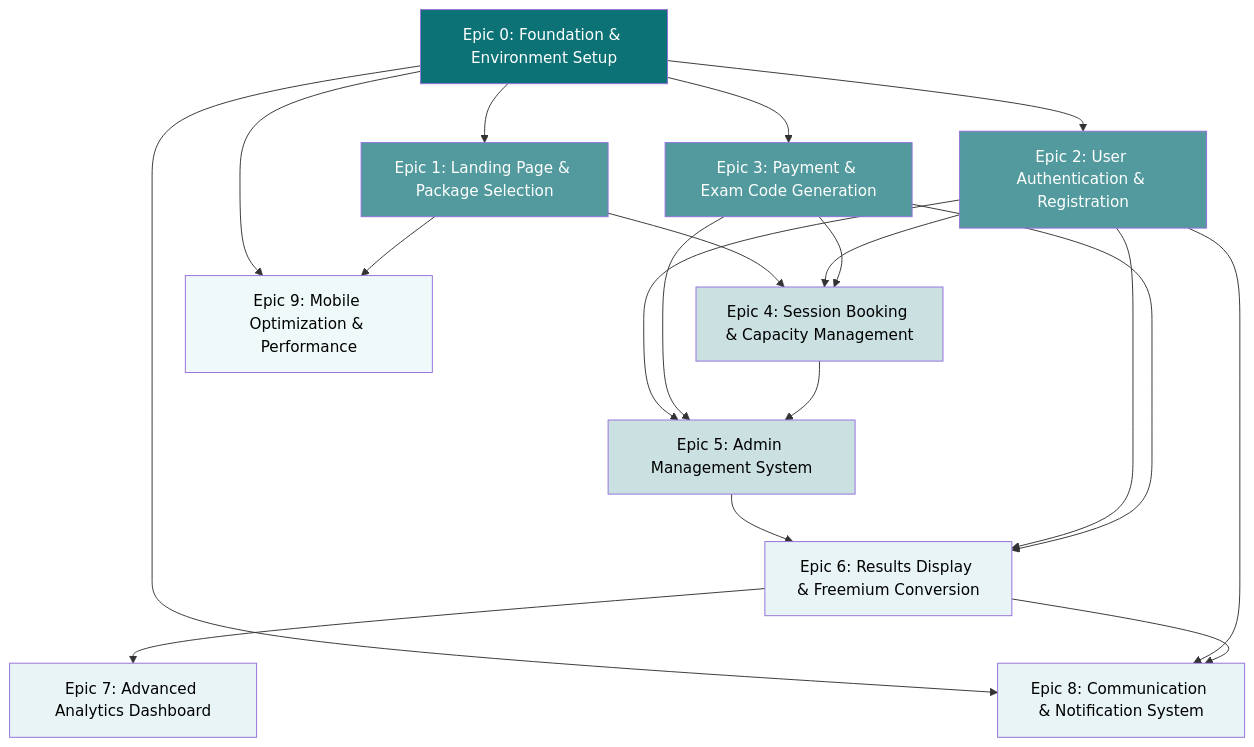
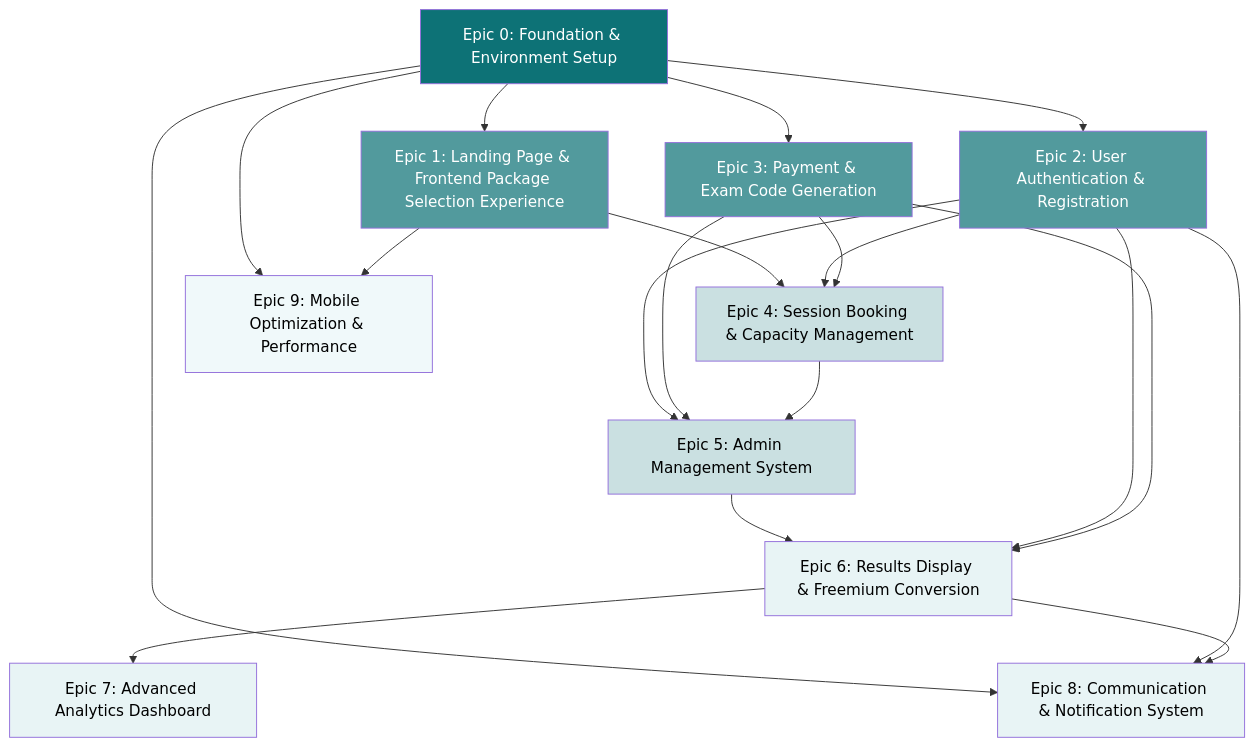
The diagram in docs/prd/epic-dependency-matrix.md (ChampPABA/TBAT_mock_exam), drawn with Mermaid before and after one commit. The commit also changed other lines of this file and 7 other files, not shown here.

First line of the commit message:
Epic 1 strategy refinement: Frontend-first development approach with mock data

````diff
--- a/docs/prd/epic-dependency-matrix.md
+++ b/docs/prd/epic-dependency-matrix.md
@@ -5,38 +5,38 @@
 ```mermaid
 graph TD
-    E0[Epic 0: Foundation & Environment Setup] --> E1[Epic 1: Landing Page & Package Selection]
+    E0[Epic 0: Foundation & Environment Setup] --> E1[Epic 1: Landing Page & Frontend Package Selection Experience]
     E0 --> E2[Epic 2: User Authentication & Registration]
     E0 --> E3[Epic 3: Payment & Exam Code Generation]
-    
+
     E1 --> E4[Epic 4: Session Booking & Capacity Management]
     E2 --> E4
     E3 --> E4
-    
+
     E2 --> E5[Epic 5: Admin Management System]
     E3 --> E5
     E4 --> E5
-    
+
     E5 --> E6[Epic 6: Results Display & Freemium Conversion]
     E2 --> E6
     E3 --> E6
-    
+
     E6 --> E7[Epic 7: Advanced Analytics Dashboard]
-    
+
     E0 --> E8[Epic 8: Communication & Notification System]
     E2 --> E8
     E6 --> E8
-    
+
     E0 --> E9[Epic 9: Mobile Optimization & Performance]
     E1 --> E9
-    
+
     style E0 fill:#0d7276,color:#fff
     style E1 fill:#529a9d,color:#fff
     style E2 fill:#529a9d,color:#fff
     style E3 fill:#529a9d,color:#fff
     style E4 fill:#cae0e1,color:#000
     style E5 fill:#cae0e1,color:#000
     style E6 fill:#e8f4f5,color:#000
     style E7 fill:#e8f4f5,color:#000
     style E8 fill:#e8f4f5,color:#000
     style E9 fill:#f0f9fa,color:#000
 ```
````
